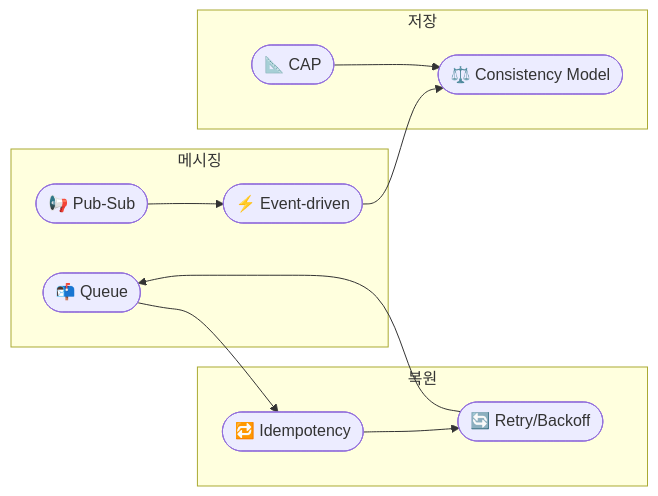
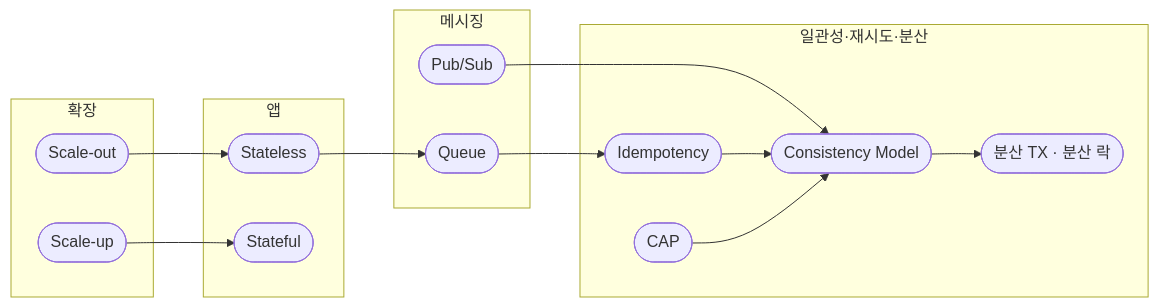
The third of 5 diagrams in public/handbook/core-cs/real-system-diagrams.md (gwonmin/QuizNox_front), drawn with Mermaid before and after one commit. The commit also changed other lines of this file and 125 other files, not shown here.

````diff
--- a/public/handbook/core-cs/real-system-diagrams.md
+++ b/public/handbook/core-cs/real-system-diagrams.md
@@ -78,22 +66,29 @@
 ```mermaid
 flowchart LR
+  subgraph scale [확장]
+    SU([Scale-up])
+    SO([Scale-out])
+  end
+  subgraph app [앱]
+    S([Stateless])
+    ST([Stateful])
+  end
   subgraph msg [메시징]
-    Q([📬 Queue])
-    P([📢 Pub-Sub])
-    EV([⚡ Event-driven])
+    Q([Queue])
+    P([Pub/Sub])
   end
-  subgraph safe [복원]
-    ID([🔁 Idempotency])
-    RB([🔄 Retry/Backoff])
+  subgraph safe [일관성·재시도·분산]
+    ID([Idempotency])
+    CON([Consistency Model])
+    CAP([CAP])
+    DT([분산 TX · 분산 락])
   end
-  subgraph data [저장]
-    CAP([📐 CAP])
-    CON([⚖️ Consistency Model])
-  end
+  SU --> ST
+  SO --> S
+  S --> Q
   Q --> ID
-  P --> EV
-  ID --> RB
-  RB --> Q
-  EV --> CON
+  P --> CON
+  ID --> CON
   CAP --> CON
+  CON --> DT
 ```
````
